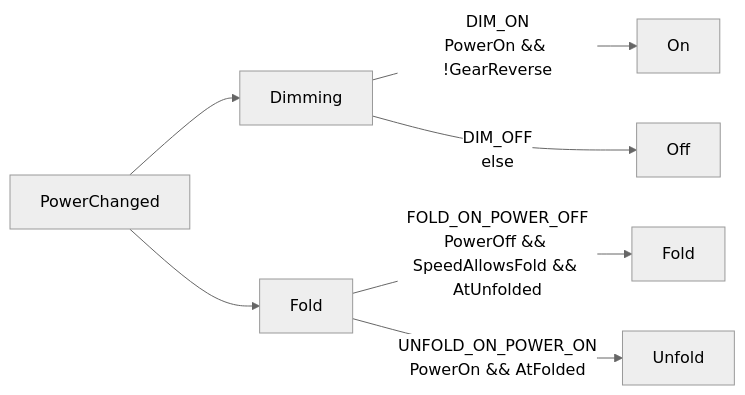
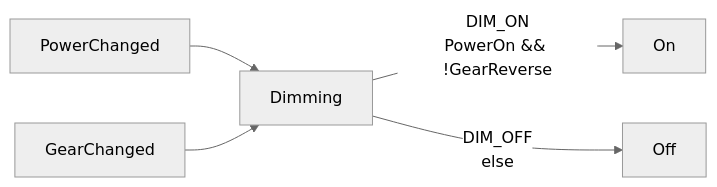
Before and after one commit to 4artit/declared: the second of 4 diagrams in examples/mirrors/mirrors.md, drawn with Mermaid (neutral theme). The commit also changed other lines of this file and 22 other files, not shown here.

Commit message:
rollback sm deletion / change diagram generation uses events(when) for the source

````diff
--- a/examples/mirrors/mirrors.md
+++ b/examples/mirrors/mirrors.md
@@ -63,9 +65,7 @@
 ```mermaid
 flowchart LR
     ev_PowerChanged["PowerChanged"] --> ft_Dimming["Dimming"]
+    ev_GearChanged["GearChanged"] --> ft_Dimming["Dimming"]
     ft_Dimming["Dimming"] -->|"DIM_ON<br/>PowerOn && !GearReverse"| ac_Dimming_On["On"]
     ft_Dimming["Dimming"] -->|"DIM_OFF<br/>else"| ac_Dimming_Off["Off"]
-    ev_PowerChanged["PowerChanged"] --> ft_Fold["Fold"]
-    ft_Fold["Fold"] -->|"FOLD_ON_POWER_OFF<br/>PowerOff && SpeedAllowsFold && AtUnfolded"| ac_Fold_Fold["Fold"]
-    ft_Fold["Fold"] -->|"UNFOLD_ON_POWER_ON<br/>PowerOn && AtFolded"| ac_Fold_Unfold["Unfold"]
 ```
````
